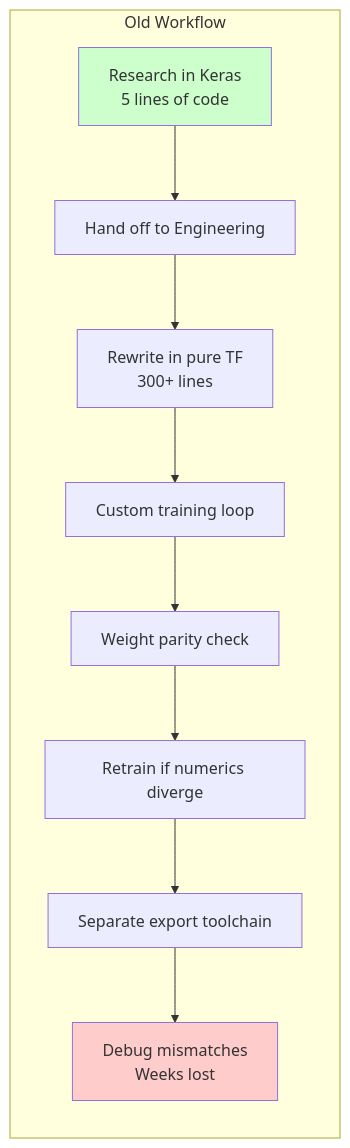
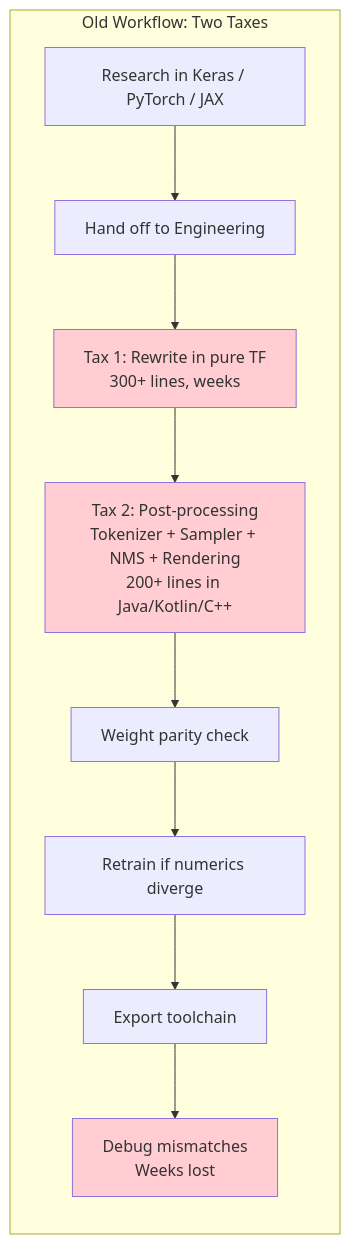
One commit to pctablet505/litert-demo changed the third of 13 diagrams in slide.md. Above: the diagram before and after it, drawn with Mermaid. The commit also changed other lines of this file, not shown here.

First line of the commit message:
slides: strengthen early problem demonstration with two taxes and alternatives

````diff
--- a/slide.md
+++ b/slide.md
@@ -57,15 +165,16 @@
 ```mermaid
 flowchart LR
-    subgraph OLD["Old Workflow"]
+    subgraph OLD["Old Workflow: Two Taxes"]
         direction TB
-        A["Research in Keras<br/>5 lines of code"] --> B["Hand off to Engineering"]
-        B --> C["Rewrite in pure TF<br/>300+ lines"]
-        C --> D["Custom training loop"]
+        A["Research in Keras / PyTorch / JAX"] --> B["Hand off to Engineering"]
+        B --> C["Tax 1: Rewrite in pure TF<br/>300+ lines, weeks"]
+        C --> D["Tax 2: Post-processing<br/>Tokenizer + Sampler + NMS + Rendering<br/>200+ lines in Java/Kotlin/C++"]
         D --> E["Weight parity check"]
         E --> F["Retrain if numerics diverge"]
-        F --> G["Separate export toolchain"]
+        F --> G["Export toolchain"]
         G --> H["Debug mismatches<br/>Weeks lost"]
-        style A fill:#ccffcc
-        style H fill:#ffcccc
+        style C fill:#ffcdd2
+        style D fill:#ffcdd2
+        style H fill:#ffcdd2
     end
 ```
````
